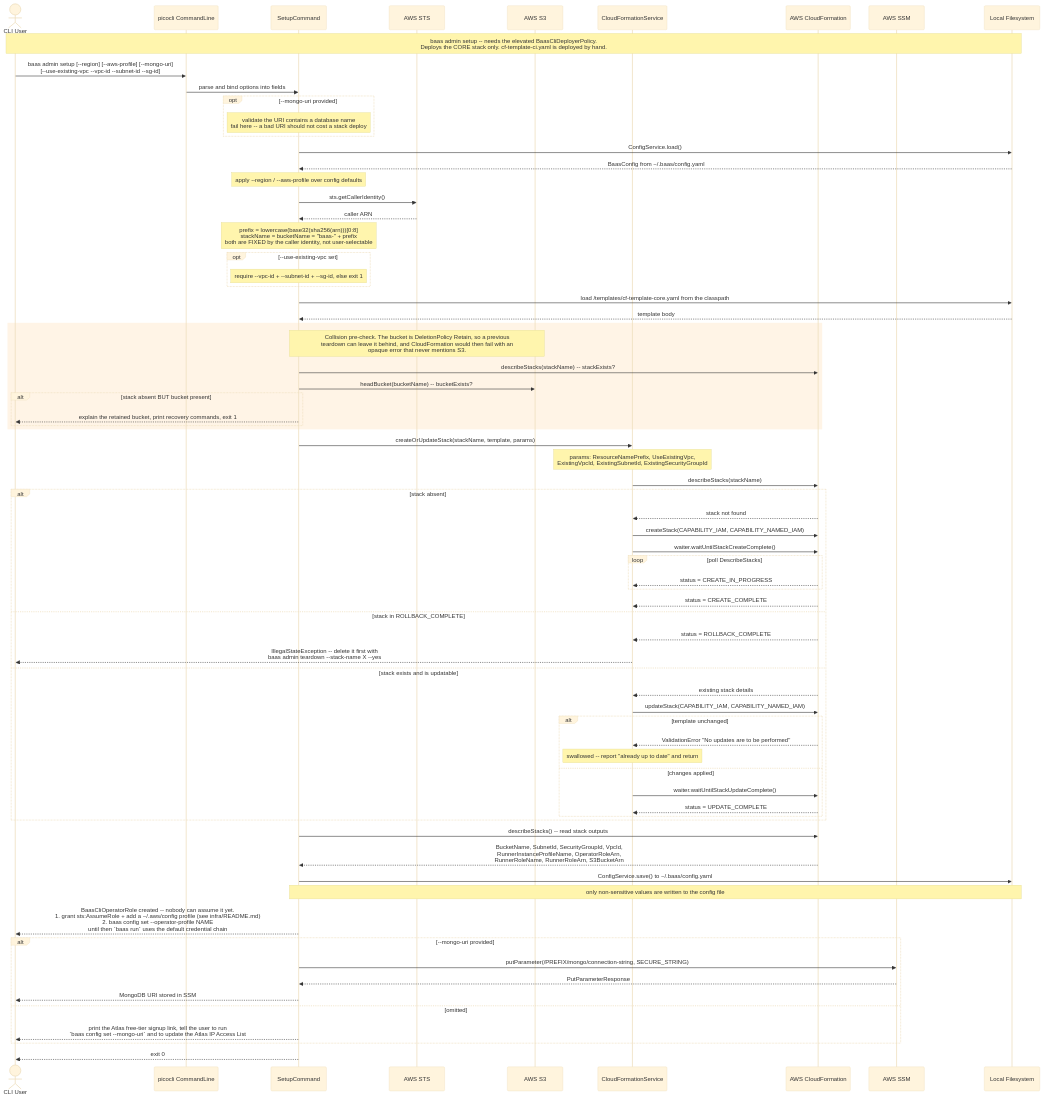
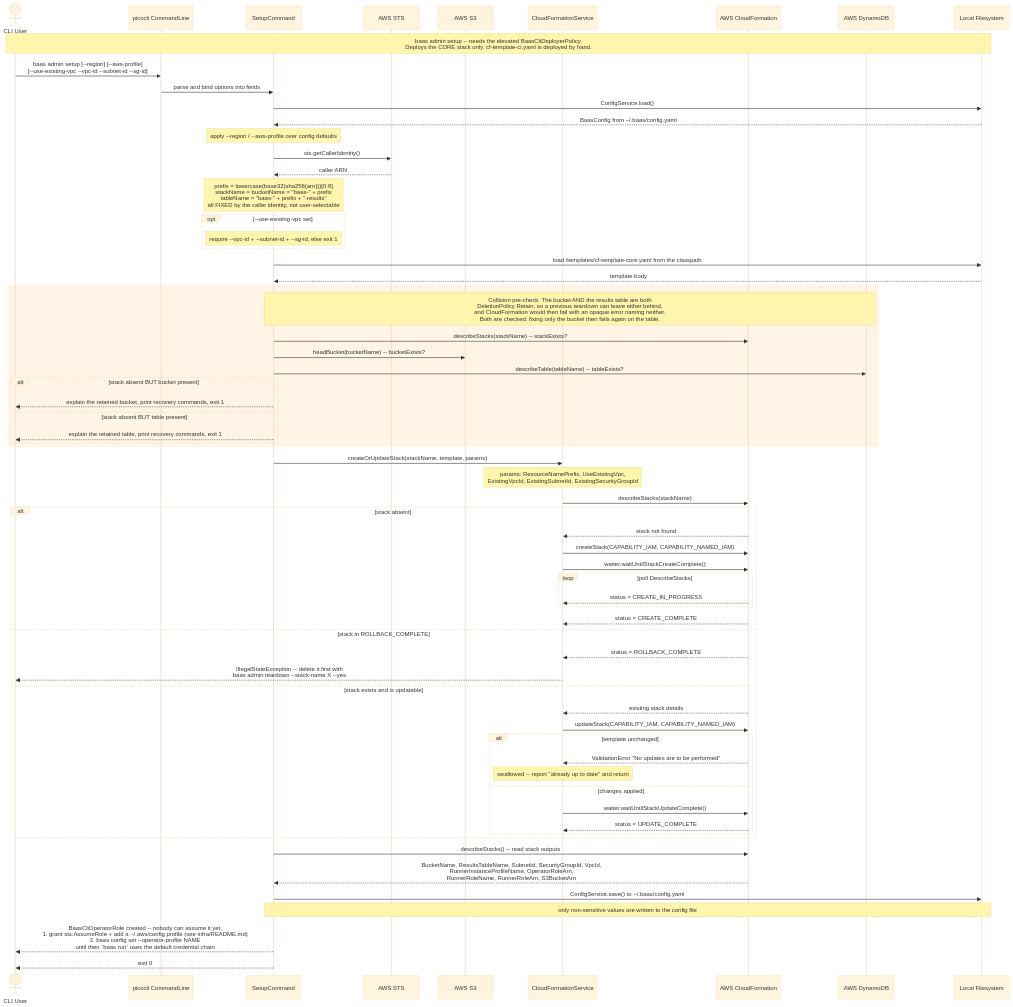
Before and after one commit to wsztajerowski/benchmark-as-a-service: the diagram in docs/diagrams/baas-setup.mmd, drawn with Mermaid (base theme). The commit also changed 9 other files, not shown here.

```diff
--- a/docs/diagrams/baas-setup.mmd
+++ b/docs/diagrams/baas-setup.mmd
@@ -1,79 +1,72 @@
 sequenceDiagram
     actor User as CLI User
     participant picocli as picocli CommandLine
     participant SC as SetupCommand
     participant STS as AWS STS
     participant S3 as AWS S3
     participant CFSvc as CloudFormationService
     participant CF as AWS CloudFormation
-    participant SSM as AWS SSM
+    participant DDB as AWS DynamoDB
     participant FS as Local Filesystem
 
     Note over User,FS: baas admin setup -- needs the elevated BaasCliDeployerPolicy.<br/>Deploys the CORE stack only. cf-template-ci.yaml is deployed by hand.
-    User->>picocli: baas admin setup [--region] [--aws-profile] [--mongo-uri]<br/>[--use-existing-vpc --vpc-id --subnet-id --sg-id]
+    User->>picocli: baas admin setup [--region] [--aws-profile]<br/>[--use-existing-vpc --vpc-id --subnet-id --sg-id]
     picocli->>SC: parse and bind options into fields
-    opt --mongo-uri provided
-        Note over SC: validate the URI contains a database name<br/>fail here -- a bad URI should not cost a stack deploy
-    end
     SC->>FS: ConfigService.load()
     FS-->>SC: BaasConfig from ~/.baas/config.yaml
     Note over SC: apply --region / --aws-profile over config defaults
     SC->>STS: sts.getCallerIdentity()
     STS-->>SC: caller ARN
-    Note over SC: prefix = lowercase(base32(sha256(arn)))[0:8]<br/>stackName = bucketName = "baas-" + prefix<br/>both are FIXED by the caller identity, not user-selectable
+    Note over SC: prefix = lowercase(base32(sha256(arn)))[0:8]<br/>stackName = bucketName = "baas-" + prefix<br/>tableName = "baas-" + prefix + "-results"<br/>all FIXED by the caller identity, not user-selectable
     opt --use-existing-vpc set
         Note over SC: require --vpc-id + --subnet-id + --sg-id, else exit 1
     end
     SC->>FS: load /templates/cf-template-core.yaml from the classpath
     FS-->>SC: template body
 
     rect rgb(255, 244, 230)
-        Note over SC,S3: Collision pre-check. The bucket is DeletionPolicy Retain, so a previous<br/>teardown can leave it behind, and CloudFormation would then fail with an<br/>opaque error that never mentions S3.
+        Note over SC,DDB: Collision pre-check. The bucket AND the results table are both<br/>DeletionPolicy Retain, so a previous teardown can leave either behind,<br/>and CloudFormation would then fail with an opaque error naming neither.<br/>Both are checked: fixing only the bucket then fails again on the table.
         SC->>CF: describeStacks(stackName) -- stackExists?
         SC->>S3: headBucket(bucketName) -- bucketExists?
+        SC->>DDB: describeTable(tableName) -- tableExists?
         alt stack absent BUT bucket present
             SC-->>User: explain the retained bucket, print recovery commands, exit 1
+        else stack absent BUT table present
+            SC-->>User: explain the retained table, print recovery commands, exit 1
         end
     end
 
     SC->>CFSvc: createOrUpdateStack(stackName, template, params)
     Note over CFSvc: params: ResourceNamePrefix, UseExistingVpc,<br/>ExistingVpcId, ExistingSubnetId, ExistingSecurityGroupId
     CFSvc->>CF: describeStacks(stackName)
     alt stack absent
         CF-->>CFSvc: stack not found
         CFSvc->>CF: createStack(CAPABILITY_IAM, CAPABILITY_NAMED_IAM)
         CFSvc->>CF: waiter.waitUntilStackCreateComplete()
         loop poll DescribeStacks
             CF-->>CFSvc: status = CREATE_IN_PROGRESS
         end
         CF-->>CFSvc: status = CREATE_COMPLETE
     else stack in ROLLBACK_COMPLETE
         CF-->>CFSvc: status = ROLLBACK_COMPLETE
         CFSvc-->>User: IllegalStateException -- delete it first with<br/>baas admin teardown --stack-name X --yes
     else stack exists and is updatable
         CF-->>CFSvc: existing stack details
         CFSvc->>CF: updateStack(CAPABILITY_IAM, CAPABILITY_NAMED_IAM)
         alt template unchanged
             CF-->>CFSvc: ValidationError "No updates are to be performed"
             Note over CFSvc: swallowed -- report "already up to date" and return
         else changes applied
             CFSvc->>CF: waiter.waitUntilStackUpdateComplete()
             CF-->>CFSvc: status = UPDATE_COMPLETE
         end
     end
 
     SC->>CF: describeStacks() -- read stack outputs
-    CF-->>SC: BucketName, SubnetId, SecurityGroupId, VpcId,<br/>RunnerInstanceProfileName, OperatorRoleArn,<br/>RunnerRoleName, RunnerRoleArn, S3BucketArn
+    CF-->>SC: BucketName, ResultsTableName, SubnetId, SecurityGroupId, VpcId,<br/>RunnerInstanceProfileName, OperatorRoleArn,<br/>RunnerRoleName, RunnerRoleArn, S3BucketArn
     SC->>FS: ConfigService.save() to ~/.baas/config.yaml
     Note over SC,FS: only non-sensitive values are written to the config file
 
     SC-->>User: BaasCliOperatorRole created -- nobody can assume it yet.<br/>1. grant sts:AssumeRole + add a ~/.aws/config profile (see infra/README.md)<br/>2. baas config set --operator-profile NAME<br/>until then `baas run` uses the default credential chain
 
-    alt --mongo-uri provided
-        SC->>SSM: putParameter(/PREFIX/mongo/connection-string, SECURE_STRING)
-        SSM-->>SC: PutParameterResponse
-        SC-->>User: MongoDB URI stored in SSM
-    else omitted
-        SC-->>User: print the Atlas free-tier signup link, tell the user to run<br/>`baas config set --mongo-uri` and to update the Atlas IP Access List
-    end
     SC-->>User: exit 0
```
